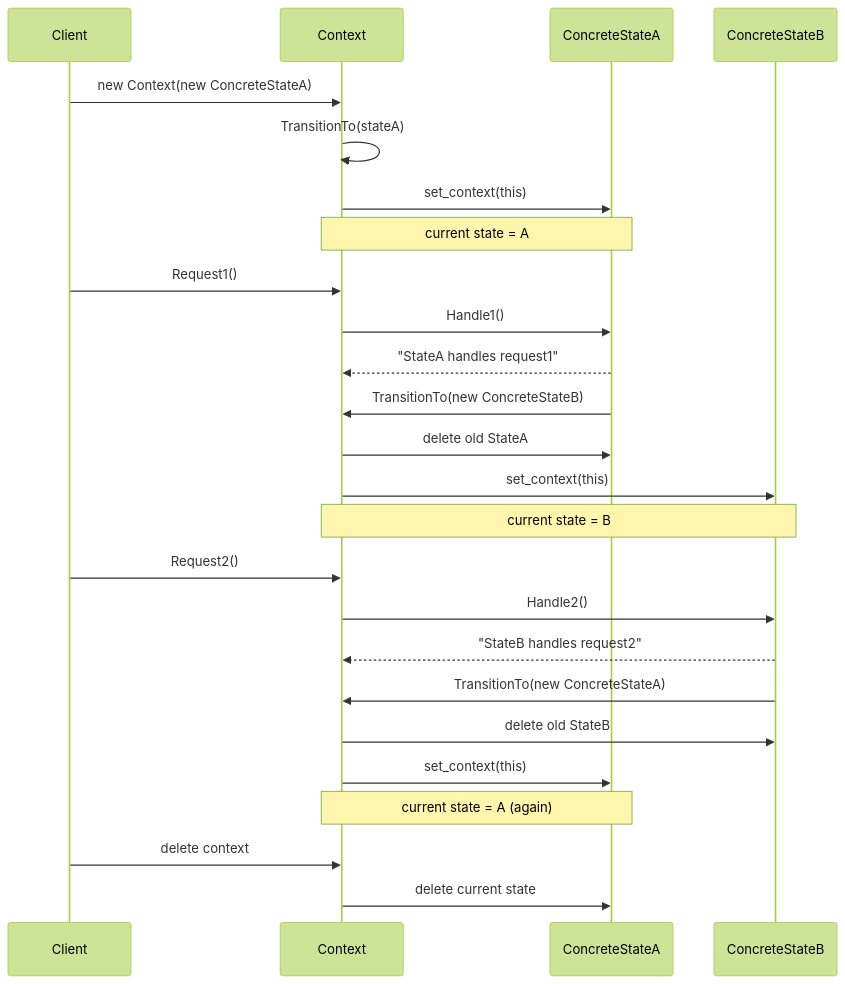
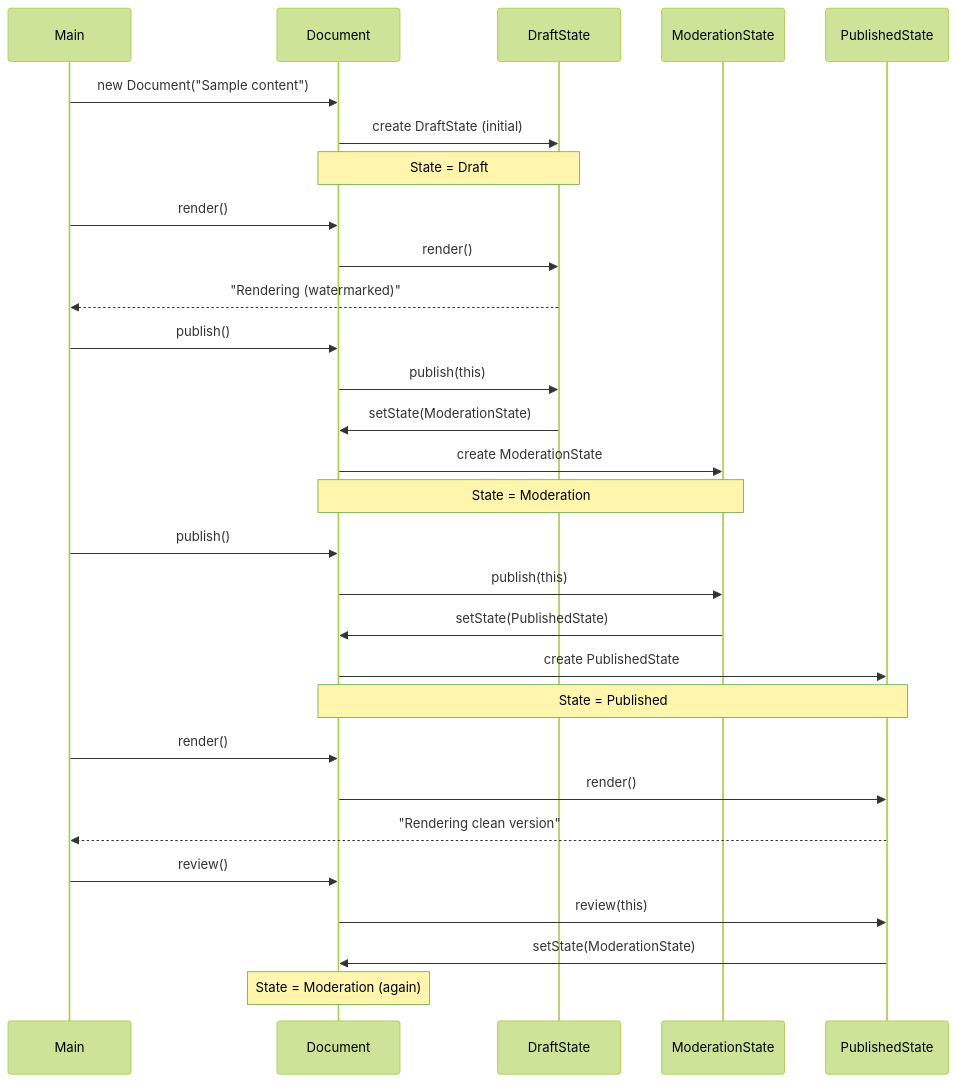
One commit to Apisteftos/QtTutorialCpp changed the third of 4 diagrams in 07_DesignPatterns/01_BehavioralPatterns/06_State/02_StateMachineExample/README.md. Above: the diagram before and after it, drawn with Mermaid (forest theme). The commit also changed other lines of this file and 349 other files, not shown here.

````diff
--- a/07_DesignPatterns/01_BehavioralPatterns/06_State/02_StateMachineExample/README.md
+++ b/07_DesignPatterns/01_BehavioralPatterns/06_State/02_StateMachineExample/README.md
@@ -78,31 +101,37 @@
 ```mermaid
 sequenceDiagram
-    participant Client
-    participant Ctx as Context
-    participant A as ConcreteStateA
-    participant B as ConcreteStateB
+    participant Main
+    participant Doc as Document
+    participant Draft as DraftState
+    participant Mod as ModerationState
+    participant Pub as PublishedState
 
-    Client->>Ctx: new Context(new ConcreteStateA)
-    Ctx->>Ctx: TransitionTo(stateA)
-    Ctx->>A: set_context(this)
-    Note over Ctx,A: current state = A
+    Main->>Doc: new Document("Sample content")
+    Doc->>Draft: create DraftState (initial)
+    Note over Doc,Draft: State = Draft
 
-    Client->>Ctx: Request1()
-    Ctx->>A: Handle1()
-    A-->>Ctx: "StateA handles request1"
-    A->>Ctx: TransitionTo(new ConcreteStateB)
-    Ctx->>A: delete old StateA
-    Ctx->>B: set_context(this)
-    Note over Ctx,B: current state = B
+    Main->>Doc: render()
+    Doc->>Draft: render()
+    Draft-->>Main: "Rendering (watermarked)"
 
-    Client->>Ctx: Request2()
-    Ctx->>B: Handle2()
-    B-->>Ctx: "StateB handles request2"
-    B->>Ctx: TransitionTo(new ConcreteStateA)
-    Ctx->>B: delete old StateB
-    Ctx->>A: set_context(this)
-    Note over Ctx,A: current state = A (again)
+    Main->>Doc: publish()
+    Doc->>Draft: publish(this)
+    Draft->>Doc: setState(ModerationState)
+    Doc->>Mod: create ModerationState
+    Note over Doc,Mod: State = Moderation
 
-    Client->>Ctx: delete context
-    Ctx->>A: delete current state
+    Main->>Doc: publish()
+    Doc->>Mod: publish(this)
+    Mod->>Doc: setState(PublishedState)
+    Doc->>Pub: create PublishedState
+    Note over Doc,Pub: State = Published
+
+    Main->>Doc: render()
+    Doc->>Pub: render()
+    Pub-->>Main: "Rendering clean version"
+
+    Main->>Doc: review()
+    Doc->>Pub: review(this)
+    Pub->>Doc: setState(ModerationState)
+    Note over Doc: State = Moderation (again)
 ```
````
